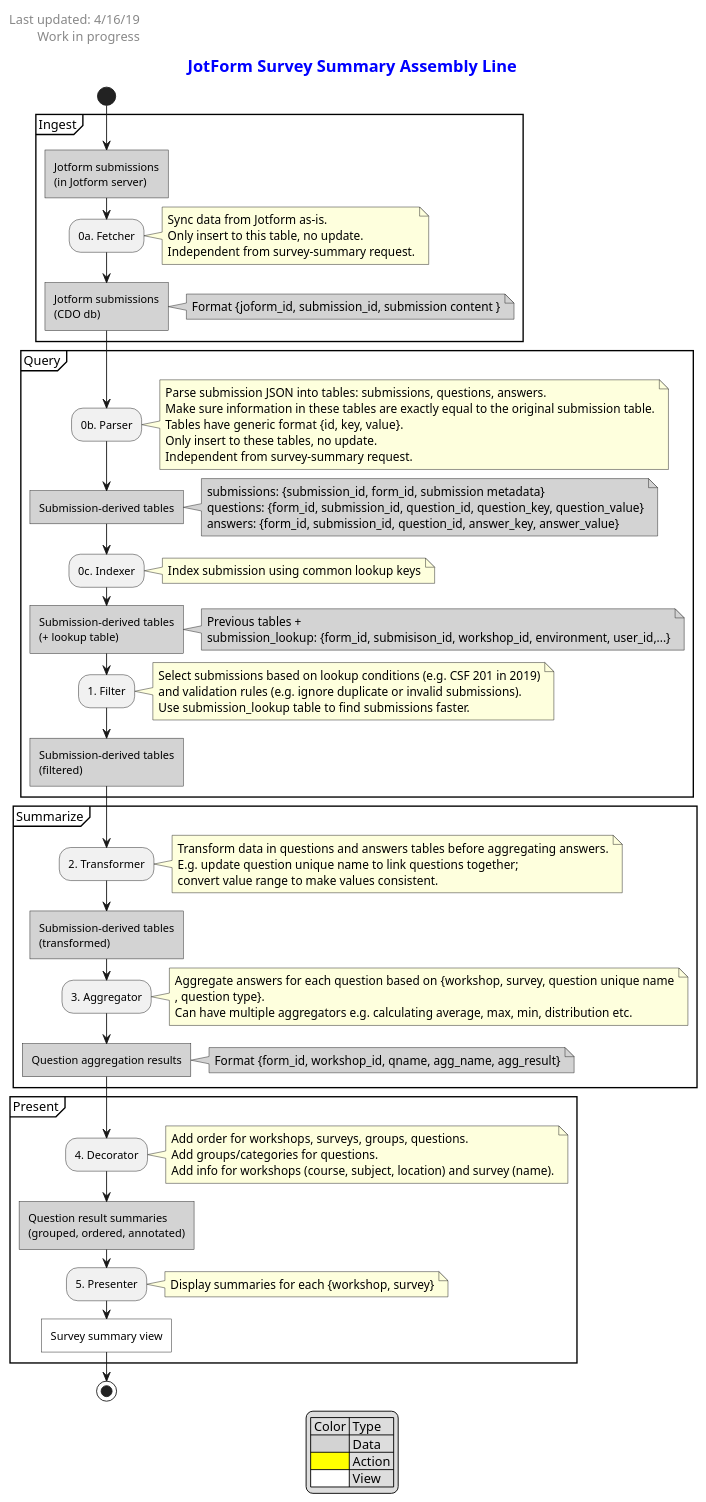
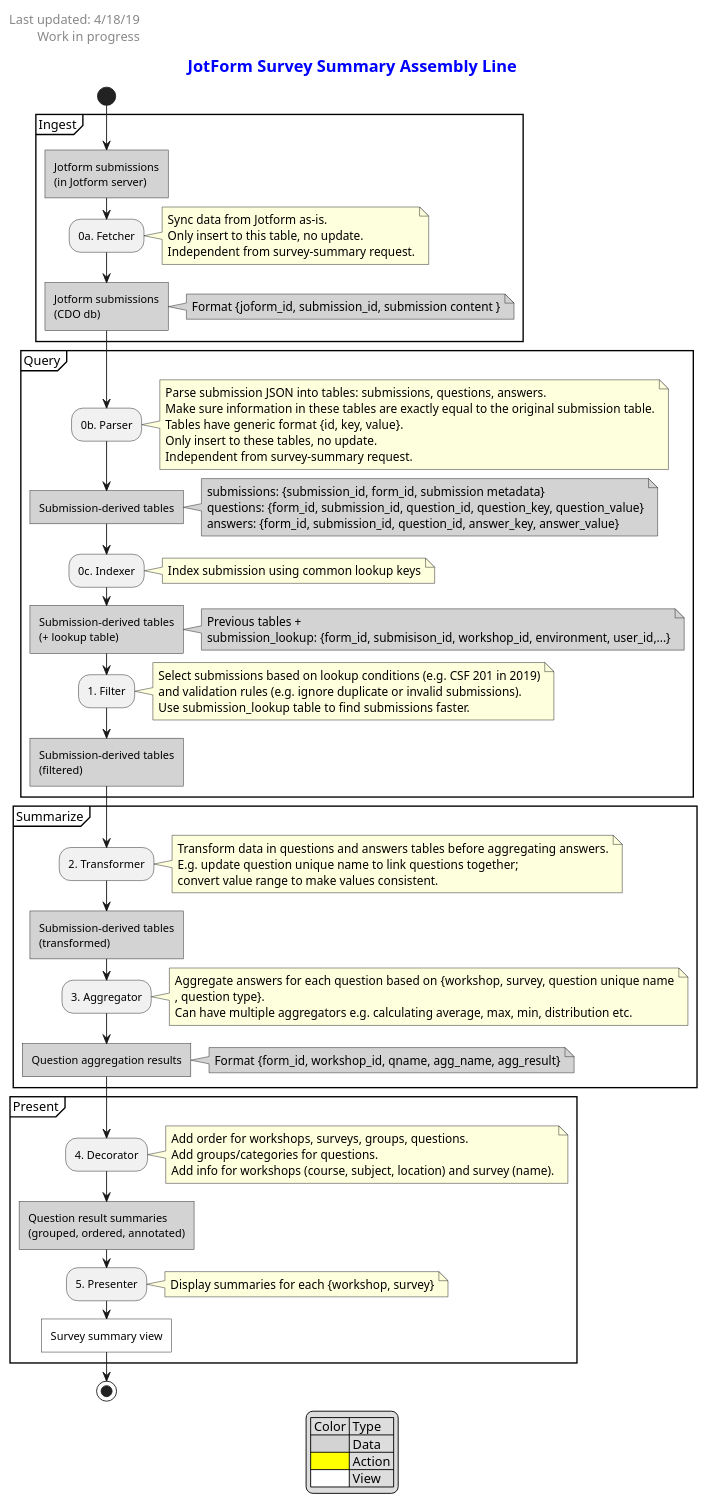
One commit to code-dot-org/code-dot-org changed the diagram in dashboard/design/survey_summary_diagram.puml. Above: the diagram before and after it, drawn with PlantUML. The commit also changed 2 other files, not shown here.

Commit message:
Update diagram [ci skip]

```diff
--- a/dashboard/design/survey_summary_diagram.puml
+++ b/dashboard/design/survey_summary_diagram.puml
@@ -1,126 +1,126 @@
 @startuml
 
 left header
-  <size:14>Last updated: 4/16/19
+  <size:14>Last updated: 4/18/19
   <size:14>Work in progress
 end header
 
 title
   <color:#blue><size:18>**JotForm Survey Summary Assembly Line**
 end title
 
 start
 
 partition Ingest {
   #lightgrey:Jotform submissions
   (in Jotform server)]
   :0a. Fetcher;
   note right
     Sync data from Jotform as-is.
     Only insert to this table, no update.
     Independent from survey-summary request.
   end note
   #lightgrey:Jotform submissions
   (CDO db)]
   note right #lightgrey: Format {joform_id, submission_id, submission content }
 }
 
 partition Query {
   :0b. Parser;
   note right
     Parse submission JSON into tables: submissions, questions, answers.
     Make sure information in these tables are exactly equal to the original submission table.
     Tables have generic format {id, key, value}.
     Only insert to these tables, no update.
     Independent from survey-summary request.
   end note
   #lightgrey:Submission-derived tables]
   note right #lightgrey
     submissions: {submission_id, form_id, submission metadata}
     'Parsing 1st level hash
     questions: {form_id, submission_id, question_id, question_key, question_value}
     'Parsing 2nd level hash
     answers: {form_id, submission_id, question_id, answer_key, answer_value}
   end note
 
   :0c. Indexer;
   note right: Index submission using common lookup keys
   #lightgrey:Submission-derived tables
   (+ lookup table)]
   note right #lightgrey
     Previous tables +
     submission_lookup: {form_id, submisison_id, workshop_id, environment, user_id,...}
   end note
 
   :1. Filter;
   note right
     Select submissions based on lookup conditions (e.g. CSF 201 in 2019)
     and validation rules (e.g. ignore duplicate or invalid submissions).
     Use submission_lookup table to find submissions faster.
   end note
   #lightgrey:Submission-derived tables
   (filtered)]
 }
 
 partition Summarize {
   :2. Transformer;
   note right
     Transform data in questions and answers tables before aggregating answers.
     E.g. update question unique name to link questions together;
     convert value range to make values consistent.
   end note
   #lightgrey:Submission-derived tables
   (transformed)]
   'note right #lightgrey: Format {workshop, survey, question, answer}
 
   :3. Aggregator;
   note right
     Aggregate answers for each question based on {workshop, survey, question unique name
     , question type}.
     Can have multiple aggregators e.g. calculating average, max, min, distribution etc.
   end note
   #lightgrey:Question aggregation results]
   note right #lightgrey: Format {form_id, workshop_id, qname, agg_name, agg_result}
 }
 
 partition Present {
   :4. Decorator;
   note right
     Add order for workshops, surveys, groups, questions.
     Add groups/categories for questions.
     Add info for workshops (course, subject, location) and survey (name).
   end note
   #lightgrey:Question result summaries
   (grouped, ordered, annotated)]
 
   :5. Presenter;
   note right
     Display summaries for each {workshop, survey}
   end note
   #white:Survey summary view]
 }
 
 stop
 
 legend center
   | Color | Type |
   |<#lightgrey>| Data |
   |<#Yellow>| Action |
   |<#white>| View |
 end legend
 
 'left footer
 '  <color:#black><size:14>__**Example (Outdated)**__
 '  <color:#black><size:14>**Request:**
 '  <color:#black><size:14>Display summaries of all surveys for CSF 201 workshop id 10240.
 '  <color:#black><size:14>(Each survey is a Jotform form.)
 '
 '  <color:#black><size:14>**Assembly line:**
 '  <color:#black><size:14>1. FilterWorkshop, FilterInvalidSubmission, FilterDuplicateSubmission
 '  <color:#black><size:14>2. TransformInconsitentMaxValue
 '  <color:#black><size:14>3. AggregateAverageValue, AggregateLatestQuestionText
 '  <color:#black><size:14>4. DecorateCategorizeAndSortQuestion, DecorateWorkshopInfo
 '  <color:#black><size:14>5. PresentSingleWorkshopView
 'end footer
 
 @enduml
```
